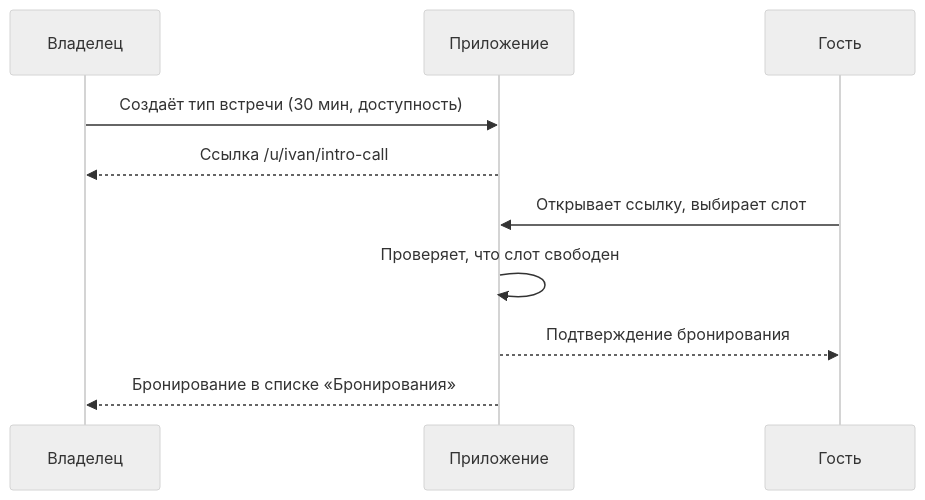
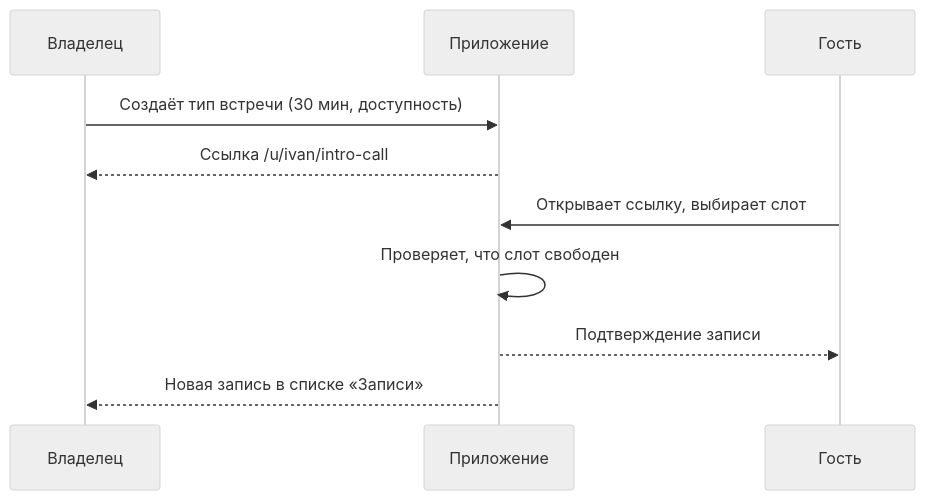
The diagram in README.md (MNSolov/ai-for-developers-project-386), drawn with Mermaid (neutral theme) before and after one commit. The commit also changed other lines of this file and 3 other files, not shown here.

````diff
--- a/README.md
+++ b/README.md
@@ -20,12 +20,12 @@
 ```mermaid
 sequenceDiagram
     participant V as Владелец
     participant App as Приложение
     participant G as Гость
     V->>App: Создаёт тип встречи (30 мин, доступность)
     App-->>V: Ссылка /u/ivan/intro-call
     G->>App: Открывает ссылку, выбирает слот
     App->>App: Проверяет, что слот свободен
-    App-->>G: Подтверждение бронирования
-    App-->>V: Бронирование в списке «Бронирования»
+    App-->>G: Подтверждение записи
+    App-->>V: Новая запись в списке «Записи»
 ```
````
